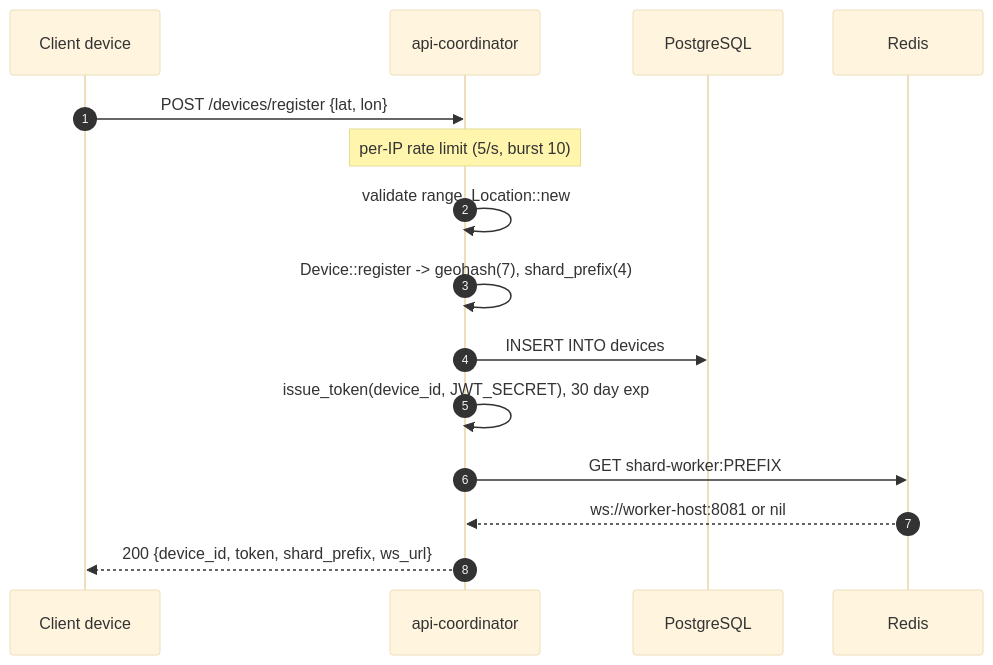
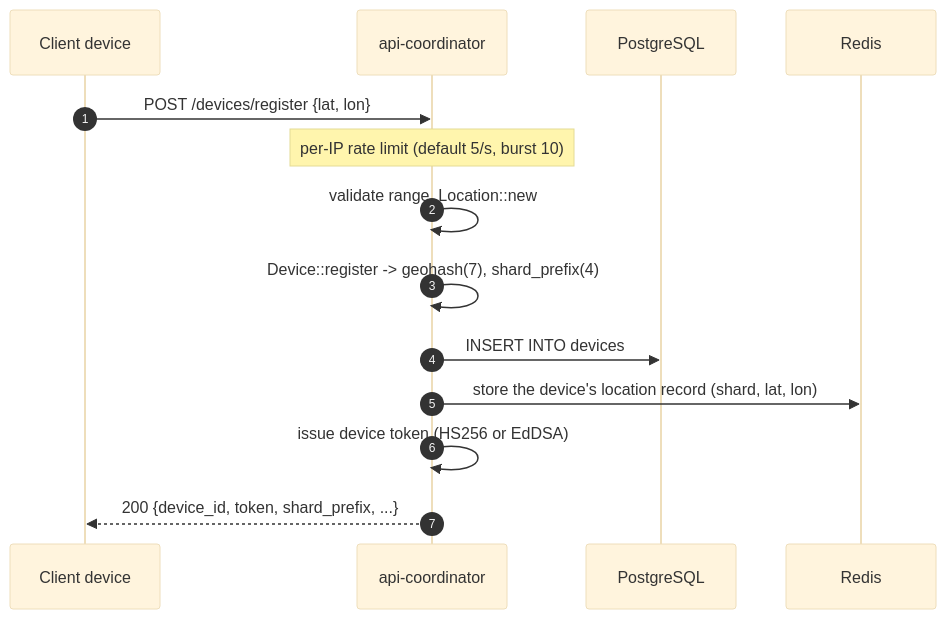
Before and after one commit to MuaazTasawar/pulsegrid: the second of 14 diagrams in README.md, drawn with Mermaid (base theme). The commit also changed other lines of this file and 4 other files, not shown here.

````diff
--- a/README.md
+++ b/README.md
@@ -184,18 +199,17 @@
 ```mermaid
 sequenceDiagram
     autonumber
     participant C as Client device
     participant API as api-coordinator
     participant PG as PostgreSQL
     participant R as Redis
 
     C->>API: POST /devices/register {lat, lon}
-    Note over API: per-IP rate limit (5/s, burst 10)
+    Note over API: per-IP rate limit (default 5/s, burst 10)
     API->>API: validate range, Location::new
     API->>API: Device::register -> geohash(7), shard_prefix(4)
     API->>PG: INSERT INTO devices
-    API->>API: issue_token(device_id, JWT_SECRET), 30 day exp
-    API->>R: GET shard-worker:PREFIX
-    R-->>API: ws://worker-host:8081 or nil
-    API-->>C: 200 {device_id, token, shard_prefix, ws_url}
+    API->>R: store the device's location record (shard, lat, lon)
+    API->>API: issue device token (HS256 or EdDSA)
+    API-->>C: 200 {device_id, token, shard_prefix, ...}
 ```
````
